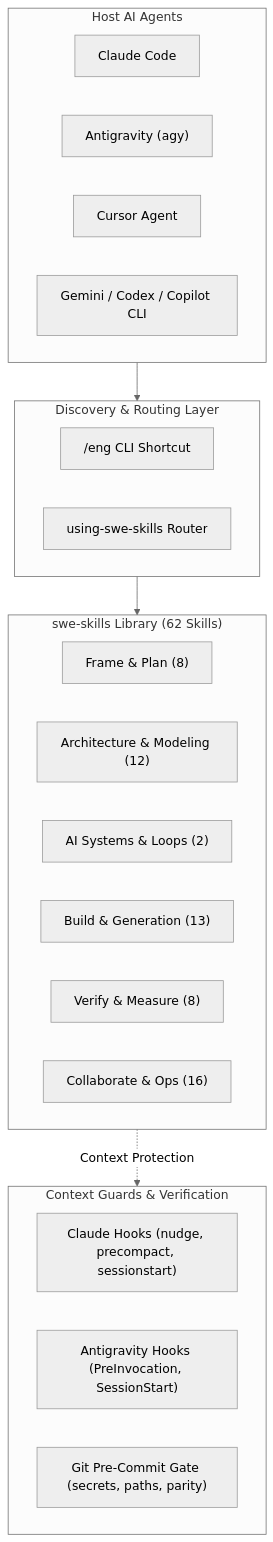
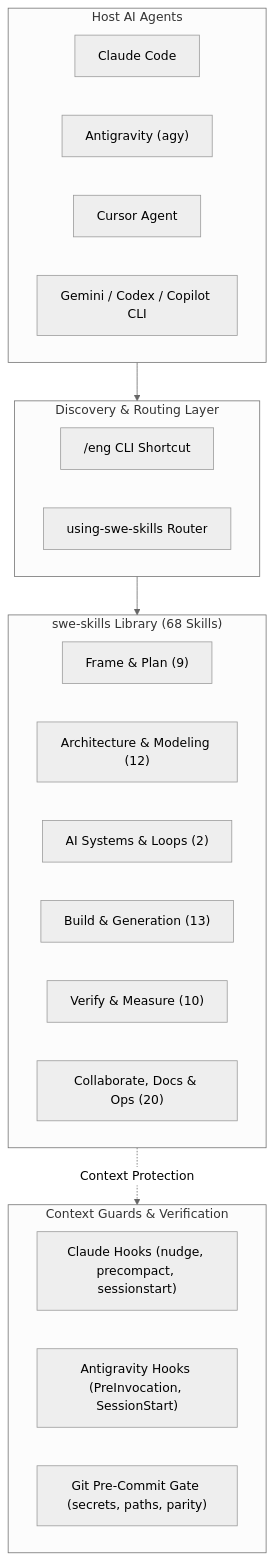
One commit to bsommers/swe-skills-2 changed the diagram in docs/usermanual/README.md. Above: the diagram before and after it, drawn with Mermaid (neutral theme). The commit also changed other lines of this file and 73 other files, not shown here.

Commit message:
feat(v0.17.0): add local tool registry, local-first CI, neon graphics, logo/icons & GitHub Pages (68 skills)

````diff
--- a/docs/usermanual/README.md
+++ b/docs/usermanual/README.md
@@ -36,33 +36,33 @@
 ```mermaid
 flowchart TD
     subgraph AgentHosts["Host AI Agents"]
         Claude["Claude Code"]
         Agy["Antigravity (agy)"]
         Cursor["Cursor Agent"]
         Other["Gemini / Codex / Copilot CLI"]
     end
 
     subgraph RouterLayer["Discovery & Routing Layer"]
         Eng["/eng CLI Shortcut"]
         UsingSwe["using-swe-skills Router"]
     end
 
-    subgraph SkillSuite["swe-skills Library (62 Skills)"]
-        Plan["Frame & Plan (8)"]
+    subgraph SkillSuite["swe-skills Library (68 Skills)"]
+        Plan["Frame & Plan (9)"]
         Arch["Architecture & Modeling (12)"]
         AI["AI Systems & Loops (2)"]
         Build["Build & Generation (13)"]
-        Verify["Verify & Measure (8)"]
-        Ops["Collaborate & Ops (16)"]
+        Verify["Verify & Measure (10)"]
+        Ops["Collaborate, Docs & Ops (20)"]
     end
 
     subgraph RuntimeHooks["Context Guards & Verification"]
         ClaudeHooks["Claude Hooks (nudge, precompact, sessionstart)"]
         AgyHooks["Antigravity Hooks (PreInvocation, SessionStart)"]
         GitHooks["Git Pre-Commit Gate (secrets, paths, parity)"]
     end
 
     AgentHosts --> RouterLayer
     RouterLayer --> SkillSuite
     SkillSuite -. Context Protection .-> RuntimeHooks
 ```
````
